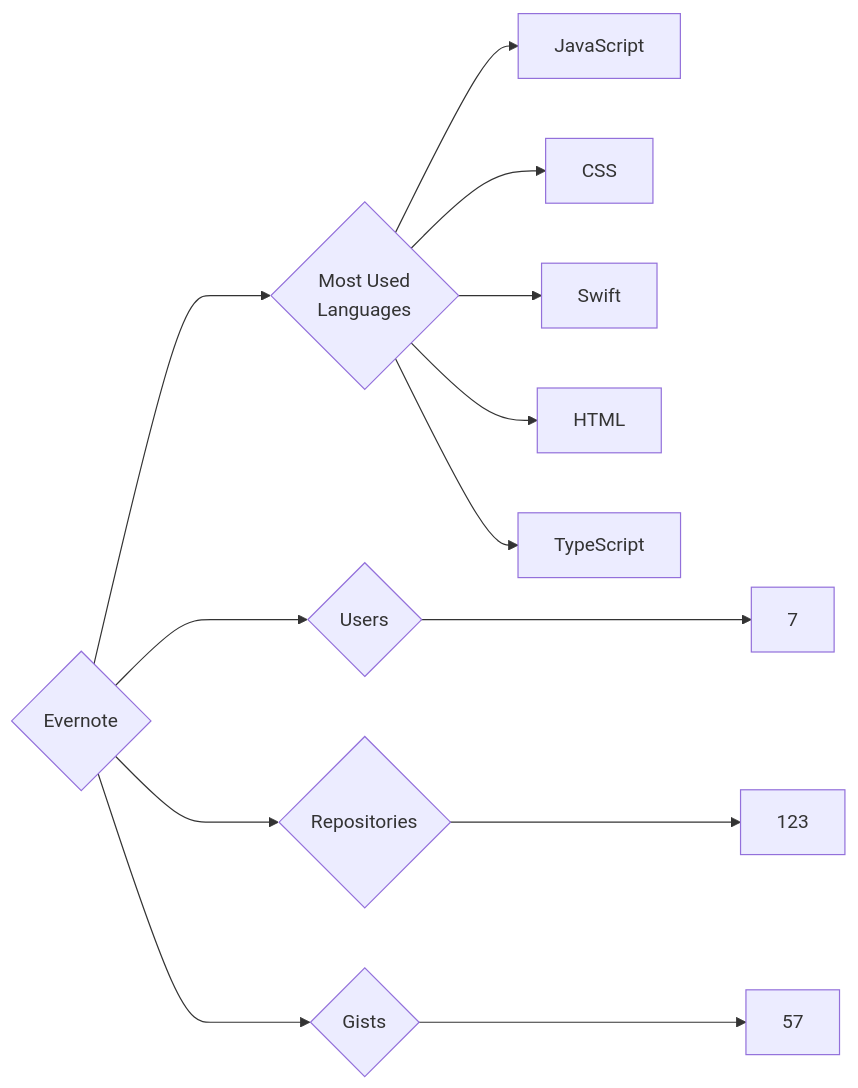
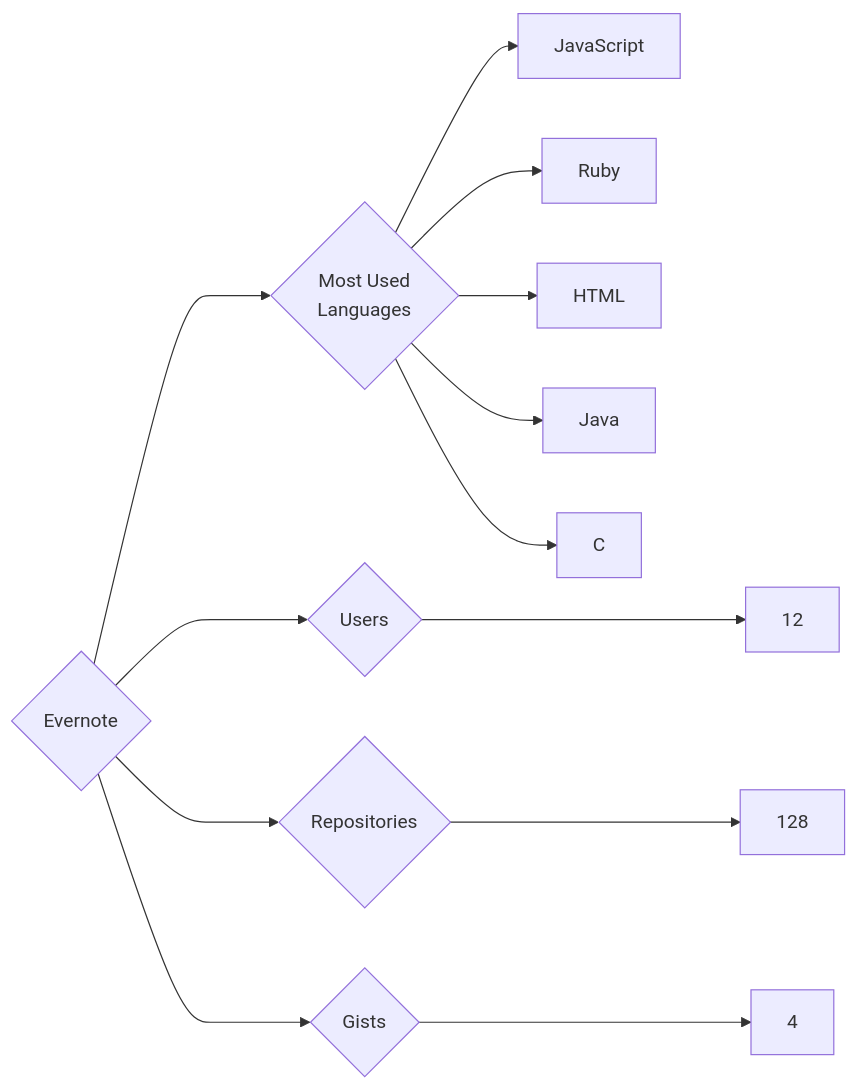
One commit to trickest/insiders changed the diagram in targets/Evernote/README.md. Above: the diagram before and after it, drawn with Mermaid. The commit also changed 1170 other files, not shown here.

````diff
--- a/targets/Evernote/README.md
+++ b/targets/Evernote/README.md
@@ -3,13 +3,13 @@
 ```mermaid
 graph LR
 COMPANY_NAME{Evernote}
-COMPANY_NAME ---> U{Users} ---> UN[7]
-COMPANY_NAME ---> R{Repositories} ---> RN[123]
-COMPANY_NAME ---> G{Gists} ---> GN[57]
+COMPANY_NAME ---> U{Users} ---> UN[12]
+COMPANY_NAME ---> R{Repositories} ---> RN[128]
+COMPANY_NAME ---> G{Gists} ---> GN[4]
 COMPANY_NAME ---> ML{Most Used<br>Languages}
 ML --> JavaScript[JavaScript]
-ML --> CSS[CSS]
-ML --> Swift[Swift]
+ML --> Ruby[Ruby]
 ML --> HTML[HTML]
-ML --> TypeScript[TypeScript]
+ML --> Java[Java]
+ML --> C[C]
 ```
````
